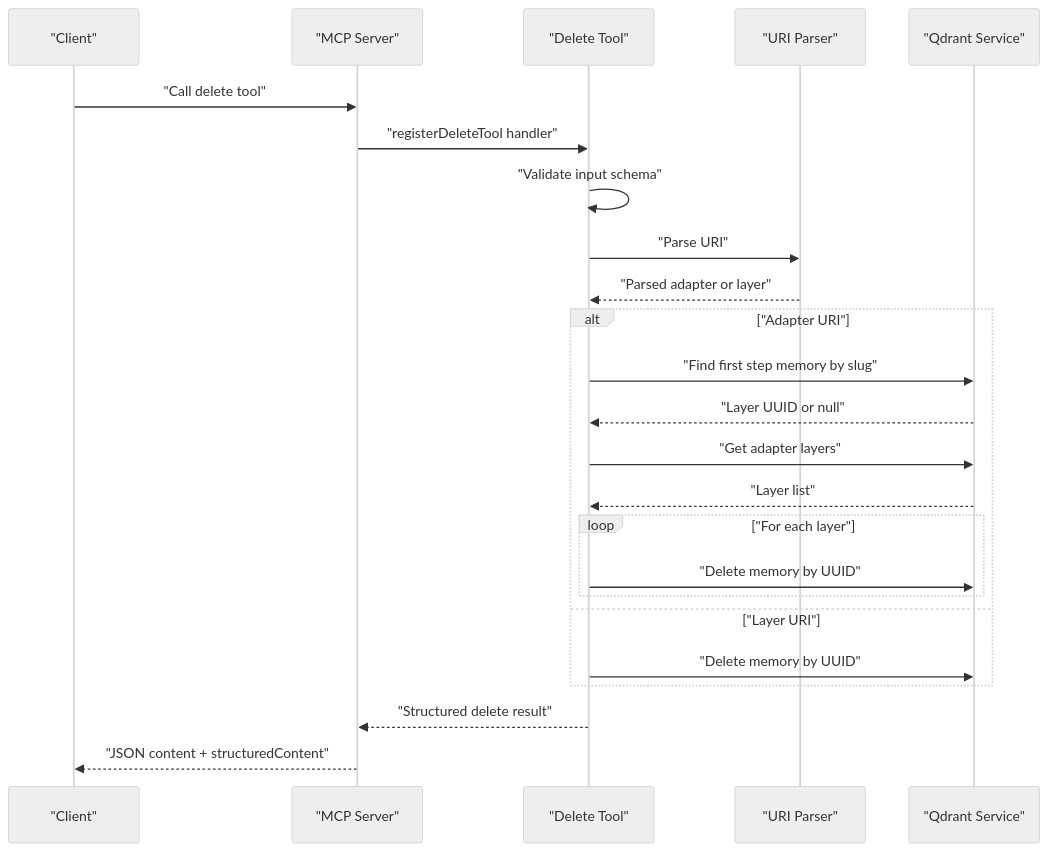
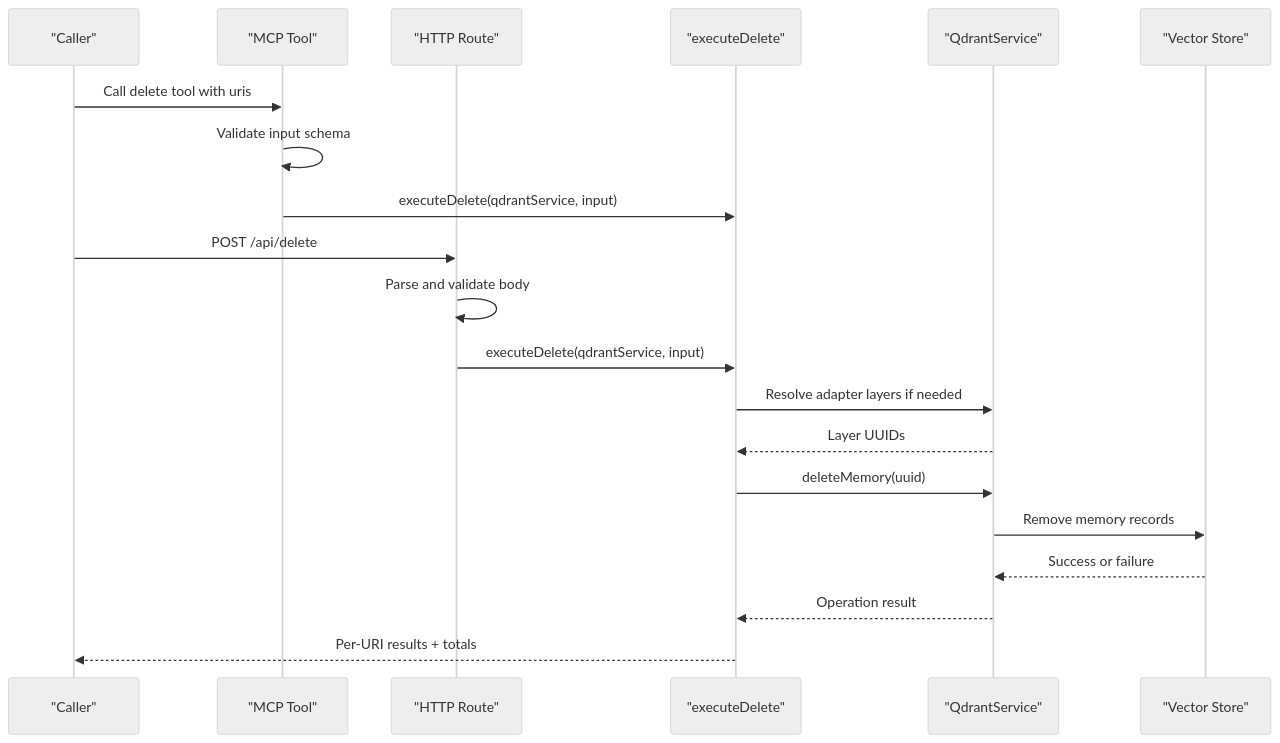
Before and after one commit to SquadRules/mcp: the second of 4 diagrams in .qoder/repowiki/en/content/MCP Tools Reference/Delete Tool.md, drawn with Mermaid (neutral theme). The commit also changed other lines of this file and 553 other files, not shown here.

````diff
--- a/.qoder/repowiki/en/content/MCP Tools Reference/Delete Tool.md
+++ b/.qoder/repowiki/en/content/MCP Tools Reference/Delete Tool.md
@@ -107,26 +142,22 @@
 ```mermaid
 sequenceDiagram
-participant Client as "Client"
-participant MCP as "MCP Server"
-participant Tool as "Delete Tool"
-participant Uri as "URI Parser"
-participant Store as "Qdrant Service"
-Client->>MCP : "Call delete tool"
-MCP->>Tool : "registerDeleteTool handler"
-Tool->>Tool : "Validate input schema"
-Tool->>Uri : "Parse URI"
-Uri-->>Tool : "Parsed adapter or layer"
-alt "Adapter URI"
-Tool->>Store : "Find first step memory by slug"
-Store-->>Tool : "Layer UUID or null"
-Tool->>Store : "Get adapter layers"
-Store-->>Tool : "Layer list"
-loop "For each layer"
-Tool->>Store : "Delete memory by UUID"
-end
-else "Layer URI"
-Tool->>Store : "Delete memory by UUID"
-end
-Tool-->>MCP : "Structured delete result"
-MCP-->>Client : "JSON content + structuredContent"
+participant Caller as "Caller"
+participant MCP as "MCP Tool"
+participant HTTP as "HTTP Route"
+participant Shared as "executeDelete"
+participant Qdrant as "QdrantService"
+participant Store as "Vector Store"
+Caller->>MCP : Call delete tool with uris
+MCP->>MCP : Validate input schema
+MCP->>Shared : executeDelete(qdrantService, input)
+Caller->>HTTP : POST /api/delete
+HTTP->>HTTP : Parse and validate body
+HTTP->>Shared : executeDelete(qdrantService, input)
+Shared->>Qdrant : Resolve adapter layers if needed
+Qdrant-->>Shared : Layer UUIDs
+Shared->>Qdrant : deleteMemory(uuid)
+Qdrant->>Store : Remove memory records
+Store-->>Qdrant : Success or failure
+Qdrant-->>Shared : Operation result
+Shared-->>Caller : Per-URI results + totals
 ```
````
